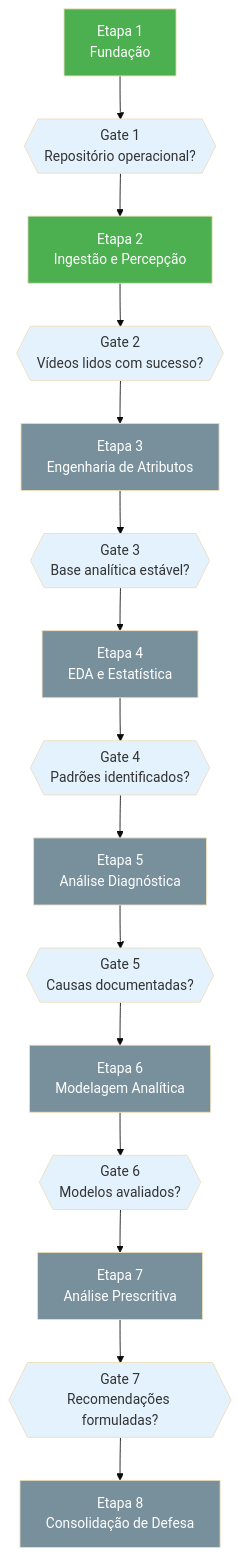
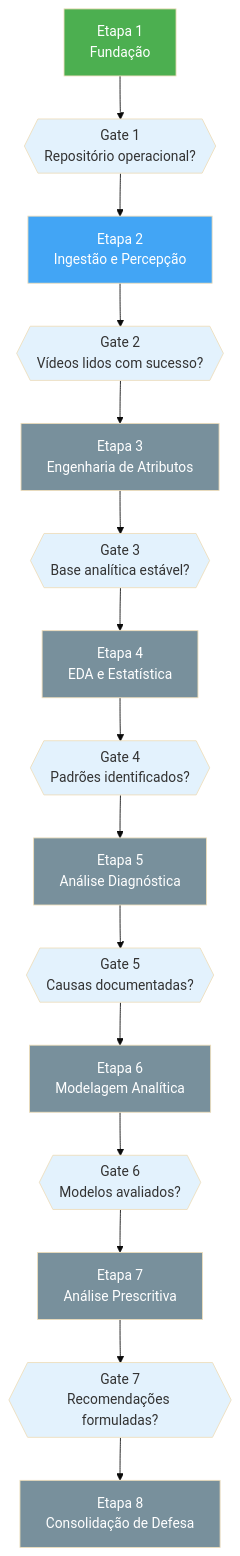
One commit to especializacao-ia-pucsp/mediapipe-seguranca changed the first of 2 diagrams in docs/PLANO_DE_EXECUCAO.md. Above: the diagram before and after it, drawn with Mermaid (base theme). The commit also changed other lines of this file and 6 other files, not shown here.

````diff
--- a/docs/PLANO_DE_EXECUCAO.md
+++ b/docs/PLANO_DE_EXECUCAO.md
@@ -29,36 +28,36 @@
 ```mermaid
 flowchart TD
     E1["Etapa 1<br/>Fundação"]
     G1{{"Gate 1<br/>Repositório operacional?"}}
     E2["Etapa 2<br/>Ingestão e Percepção"]
     G2{{"Gate 2<br/>Vídeos lidos com sucesso?"}}
     E3["Etapa 3<br/>Engenharia de Atributos"]
     G3{{"Gate 3<br/>Base analítica estável?"}}
     E4["Etapa 4<br/>EDA e Estatística"]
     G4{{"Gate 4<br/>Padrões identificados?"}}
     E5["Etapa 5<br/>Análise Diagnóstica"]
     G5{{"Gate 5<br/>Causas documentadas?"}}
     E6["Etapa 6<br/>Modelagem Analítica"]
     G6{{"Gate 6<br/>Modelos avaliados?"}}
     E7["Etapa 7<br/>Análise Prescritiva"]
     G7{{"Gate 7<br/>Recomendações formuladas?"}}
     E8["Etapa 8<br/>Consolidação de Defesa"]
 
     E1 --> G1 --> E2 --> G2 --> E3 --> G3 --> E4 --> G4 --> E5 --> G5 --> E6 --> G6 --> E7 --> G7 --> E8
 
     style E1 fill:#4CAF50,color:#fff
-    style E2 fill:#4CAF50,color:#fff
+    style E2 fill:#42A5F5,color:#fff
     style E3 fill:#78909C,color:#fff
     style E4 fill:#78909C,color:#fff
     style E5 fill:#78909C,color:#fff
     style E6 fill:#78909C,color:#fff
     style E7 fill:#78909C,color:#fff
     style E8 fill:#78909C,color:#fff
     style G1 fill:#E3F2FD,color:#333
     style G2 fill:#E3F2FD,color:#333
     style G3 fill:#E3F2FD,color:#333
     style G4 fill:#E3F2FD,color:#333
     style G5 fill:#E3F2FD,color:#333
     style G6 fill:#E3F2FD,color:#333
     style G7 fill:#E3F2FD,color:#333
 ```
````
